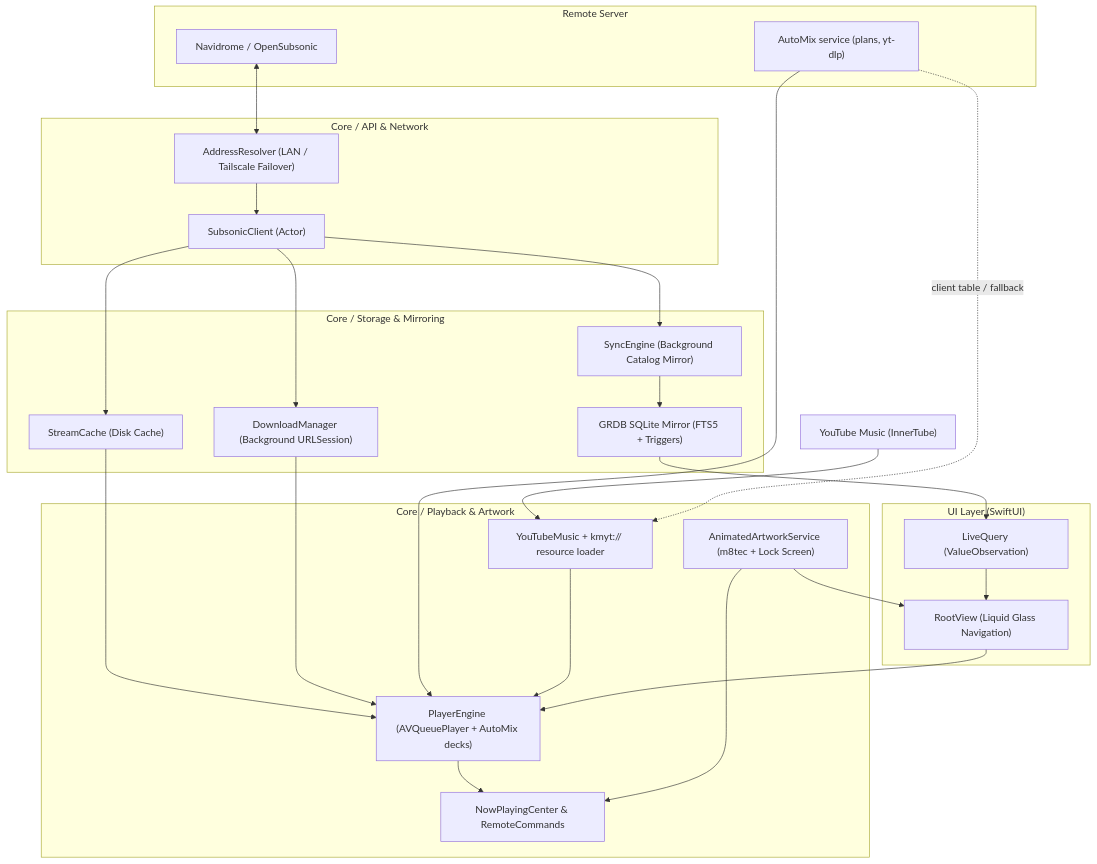
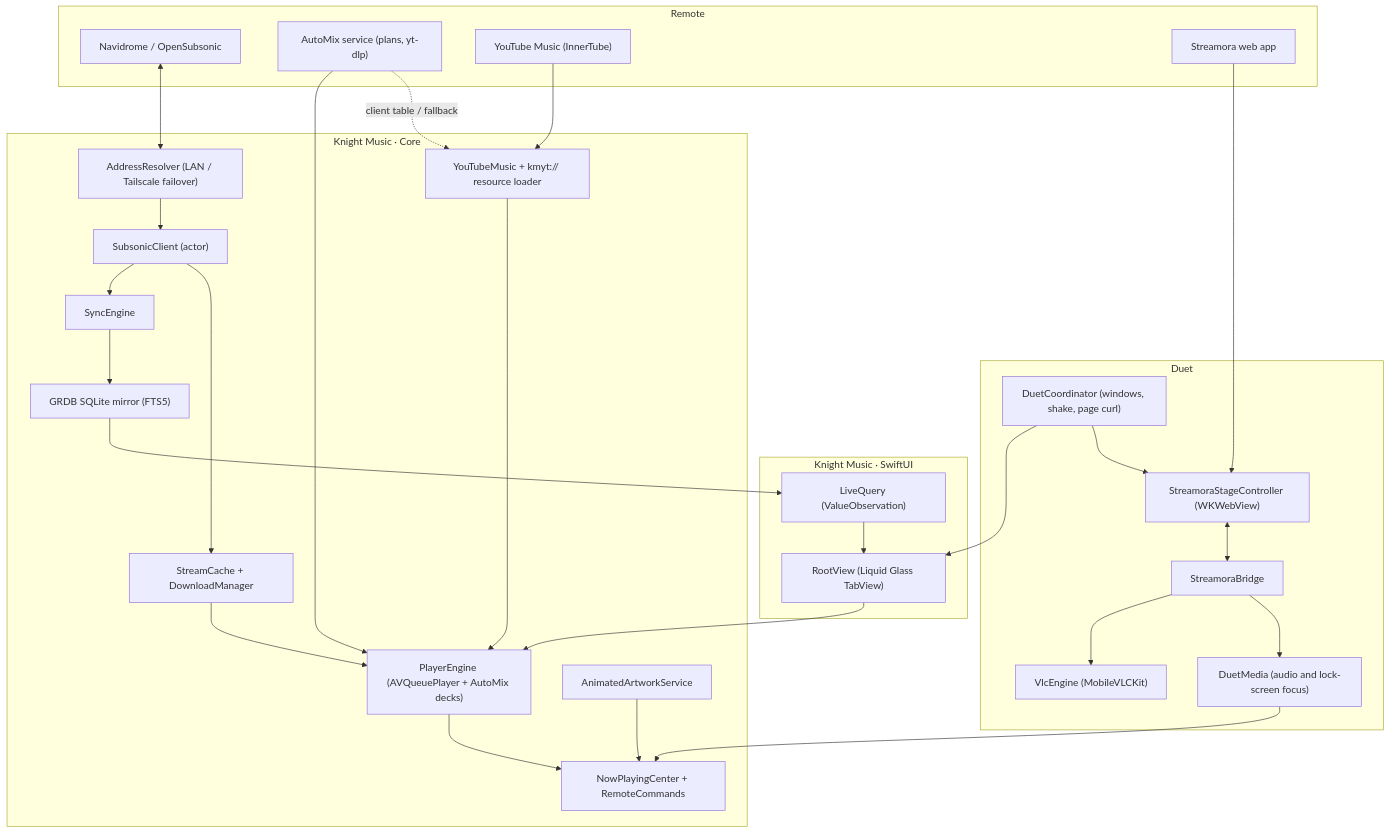
One commit to KNIGHTABDO/knight-music changed the diagram in README.md. Above: the diagram before and after it, drawn with Mermaid. The commit also changed other lines of this file and 2 other files, not shown here.

First line of the commit message:
docs: rewrite README for Duet

````diff
--- a/README.md
+++ b/README.md
@@ -156,53 +300,51 @@
 ```mermaid
 flowchart TD
-    subgraph Server["Remote Server"]
+    subgraph Remote["Remote"]
         Navidrome["Navidrome / OpenSubsonic"]
         AutoMixSrv["AutoMix service (plans, yt-dlp)"]
+        YTM["YouTube Music (InnerTube)"]
+        StreamoraWeb["Streamora web app"]
     end
 
-    YTM["YouTube Music (InnerTube)"]
-
-    subgraph CoreAPI["Core / API & Network"]
-        Resolver["AddressResolver (LAN / Tailscale Failover)"]
-        Client["SubsonicClient (Actor)"]
+    subgraph Core["Knight Music · Core"]
+        Resolver["AddressResolver (LAN / Tailscale failover)"]
+        Client["SubsonicClient (actor)"]
+        Sync["SyncEngine"]
+        GRDB["GRDB SQLite mirror (FTS5)"]
+        Cache["StreamCache + DownloadManager"]
+        Engine["PlayerEngine (AVQueuePlayer + AutoMix decks)"]
+        YouTube["YouTubeMusic + kmyt:// resource loader"]
+        Artwork["AnimatedArtworkService"]
+        NowPlaying["NowPlayingCenter + RemoteCommands"]
     end
 
-    subgraph CoreStorage["Core / Storage & Mirroring"]
-        SyncEngine["SyncEngine (Background Catalog Mirror)"]
-        GRDB["GRDB SQLite Mirror (FTS5 + Triggers)"]
-        StreamCache["StreamCache (Disk Cache)"]
-        Downloads["DownloadManager (Background URLSession)"]
+    subgraph UI["Knight Music · SwiftUI"]
+        LiveQuery["LiveQuery (ValueObservation)"]
+        Shell["RootView (Liquid Glass TabView)"]
     end
 
-    subgraph CorePlayback["Core / Playback & Artwork"]
-        Engine["PlayerEngine (AVQueuePlayer + AutoMix decks)"]
-        YouTube["YouTubeMusic + kmyt:// resource loader"]
-        NowPlaying["NowPlayingCenter & RemoteCommands"]
-        Artwork["AnimatedArtworkService (m8tec + Lock Screen)"]
+    subgraph Duet["Duet"]
+        Coordinator["DuetCoordinator (windows, shake, page curl)"]
+        Media["DuetMedia (audio and lock-screen focus)"]
+        Stage["StreamoraStageController (WKWebView)"]
+        Bridge["StreamoraBridge"]
+        VLC["VlcEngine (MobileVLCKit)"]
     end
 
-    subgraph Presentation["UI Layer (SwiftUI)"]
-        LiveQuery["LiveQuery (ValueObservation)"]
-        Shell["RootView (Liquid Glass Navigation)"]
-    end
-
-    Navidrome <--> Resolver
-    Resolver --> Client
-    Client --> SyncEngine
-    SyncEngine --> GRDB
-    GRDB --> LiveQuery
-    LiveQuery --> Shell
-
-    Client --> StreamCache
-    Client --> Downloads
-    StreamCache --> Engine
-    Downloads --> Engine
+    Navidrome <--> Resolver --> Client
+    Client --> Sync --> GRDB --> LiveQuery --> Shell
+    Client --> Cache --> Engine
     AutoMixSrv --> Engine
-    YTM --> YouTube
+    YTM --> YouTube --> Engine
     AutoMixSrv -. "client table / fallback" .-> YouTube
-    YouTube --> Engine
     Engine --> NowPlaying
     Artwork --> NowPlaying
-    Artwork --> Shell
     Shell --> Engine
+
+    Coordinator --> Shell
+    Coordinator --> Stage
+    StreamoraWeb --> Stage
+    Stage <--> Bridge --> VLC
+    Media --> NowPlaying
+    Bridge --> Media
 ```
````
